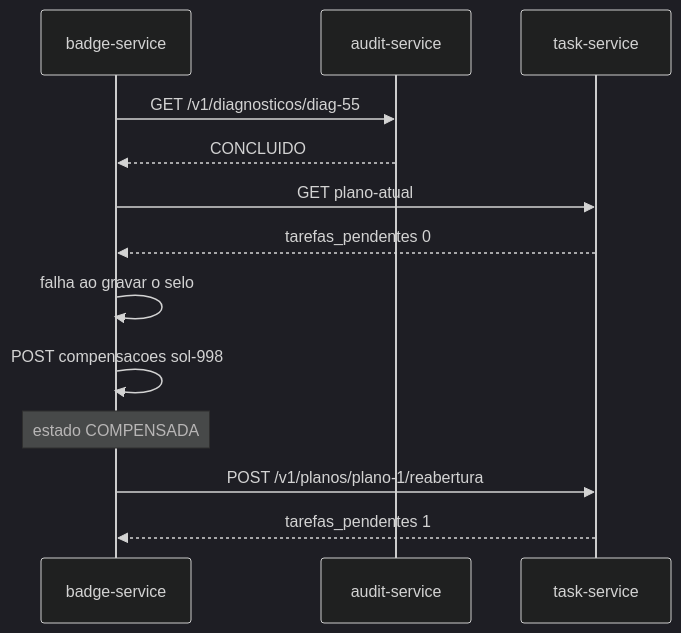
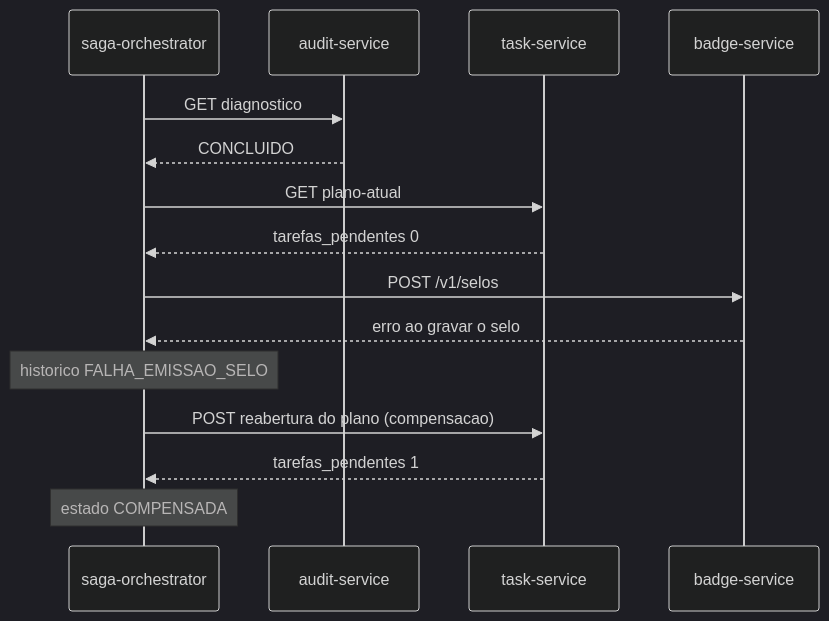
The second of 2 diagrams in docs/saga.md (nicolas-mtheus/gcc129-ongsec-neurabase), drawn with Mermaid (dark theme) before and after one commit. The commit also changed other lines of this file, not shown here.

Commit message:
docs: correção de erros nos diagramas

````diff
--- a/docs/saga.md
+++ b/docs/saga.md
@@ -85,16 +87,18 @@
 ```mermaid
 sequenceDiagram
-    participant B as badge-service
+    participant S as saga-orchestrator
     participant A as audit-service
     participant T as task-service
+    participant B as badge-service
 
-    B->>A: GET /v1/diagnosticos/diag-55
-    A-->>B: CONCLUIDO
-    B->>T: GET plano-atual
-    T-->>B: tarefas_pendentes 0
-    B->>B: falha ao gravar o selo
-    B->>B: POST compensacoes sol-998
-    Note over B: estado COMPENSADA
-    B->>T: POST /v1/planos/plano-1/reabertura
-    T-->>B: tarefas_pendentes 1
+    S->>A: GET diagnostico
+    A-->>S: CONCLUIDO
+    S->>T: GET plano-atual
+    T-->>S: tarefas_pendentes 0
+    S->>B: POST /v1/selos
+    B-->>S: erro ao gravar o selo
+    Note over S: historico FALHA_EMISSAO_SELO
+    S->>T: POST reabertura do plano (compensacao)
+    T-->>S: tarefas_pendentes 1
+    Note over S: estado COMPENSADA
 ```
````
